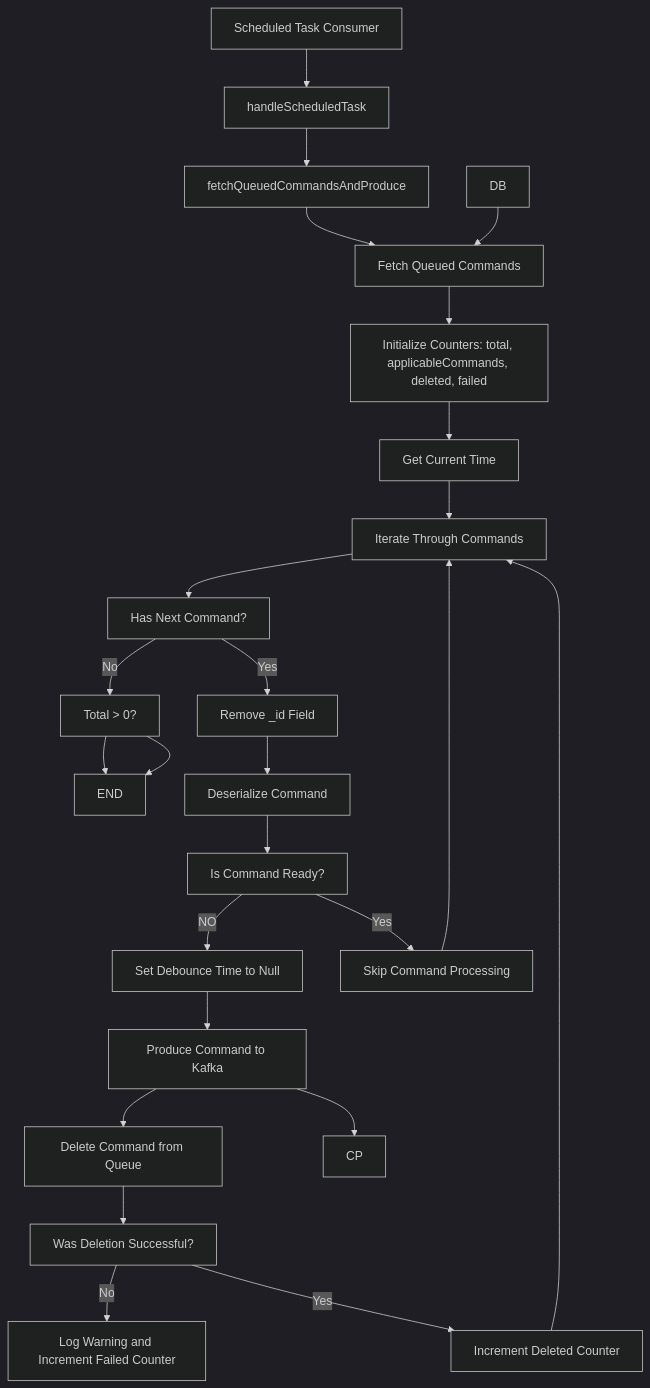
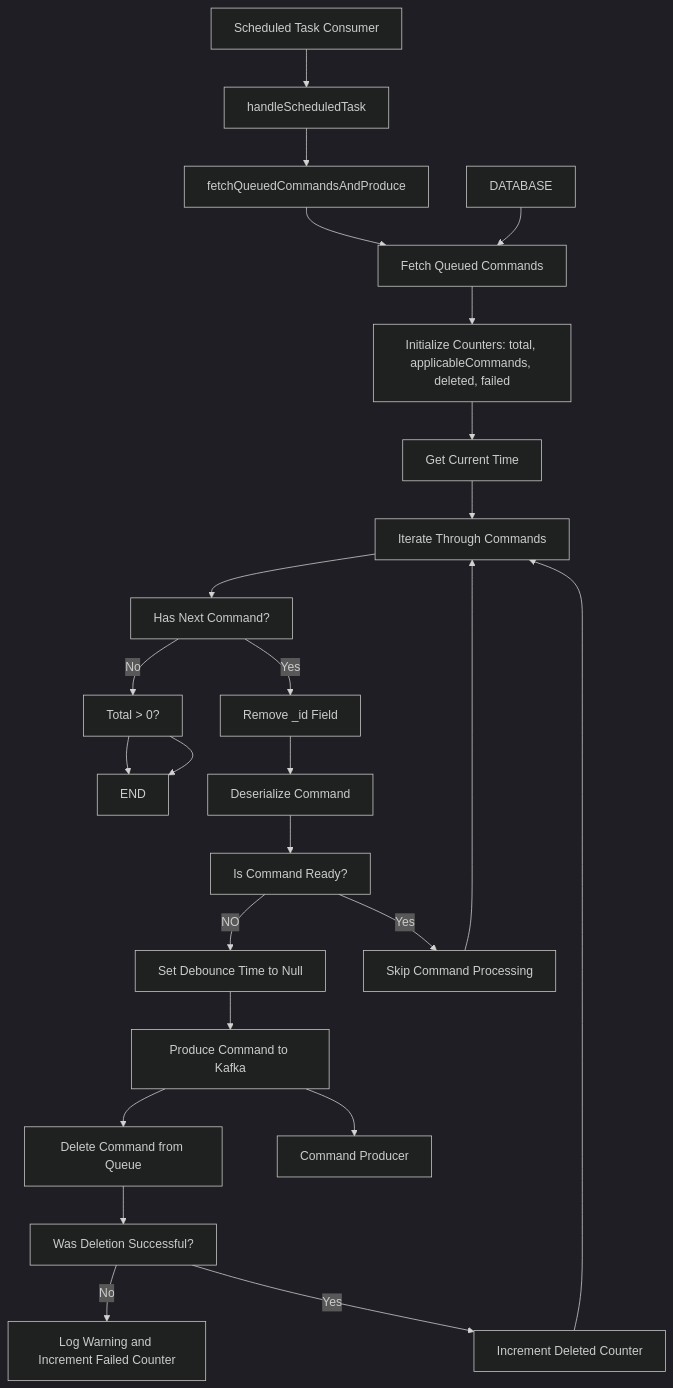
One commit to SahilAggarwall/NewJourney changed the third of 3 diagrams in NewFC.md. Above: the diagram before and after it, drawn with Mermaid (dark theme). The commit also changed other lines of this file, not shown here.

````diff
--- a/NewFC.md
+++ b/NewFC.md
@@ -119,12 +119,12 @@
 ```mermaid
    flowchart
    STC[Scheduled Task Consumer] --> Q[handleScheduledTask] --> Q1[fetchQueuedCommandsAndProduce] --> Q2[Fetch Queued Commands] --> Q3[Initialize Counters: total, applicableCommands, deleted, failed] --> Q4[Get Current Time] --> Q5[Iterate Through Commands] --> Q6[Has Next Command?]
-   DB --> Q2
+   DB[DATABASE] --> Q2
    Q6 -- Yes --> Q7[Remove _id Field]
    Q6 -- No --> Q8[Total > 0?] --> Q9[Log Summary: Total, Expired, Updated, Failed]
    Q8 --> Q9[END]
    Q7 --> Q10[Deserialize Command] --> Q11[Is Command Ready?] -- NO --> Q12[Set Debounce Time to Null] --> Q13[Produce Command to Kafka] --> Q14[Delete Command from Queue] --> Q15[Was Deletion Successful?] -- No --> Q18[Log Warning and Increment Failed Counter]
    Q15 -- Yes --> Q16[Increment Deleted Counter] --> Q5
    Q11 -- Yes --> Q17[Skip Command Processing] --> Q5
-   Q13 --> CP
+   Q13 --> CP[Command Producer]
 ```
````
